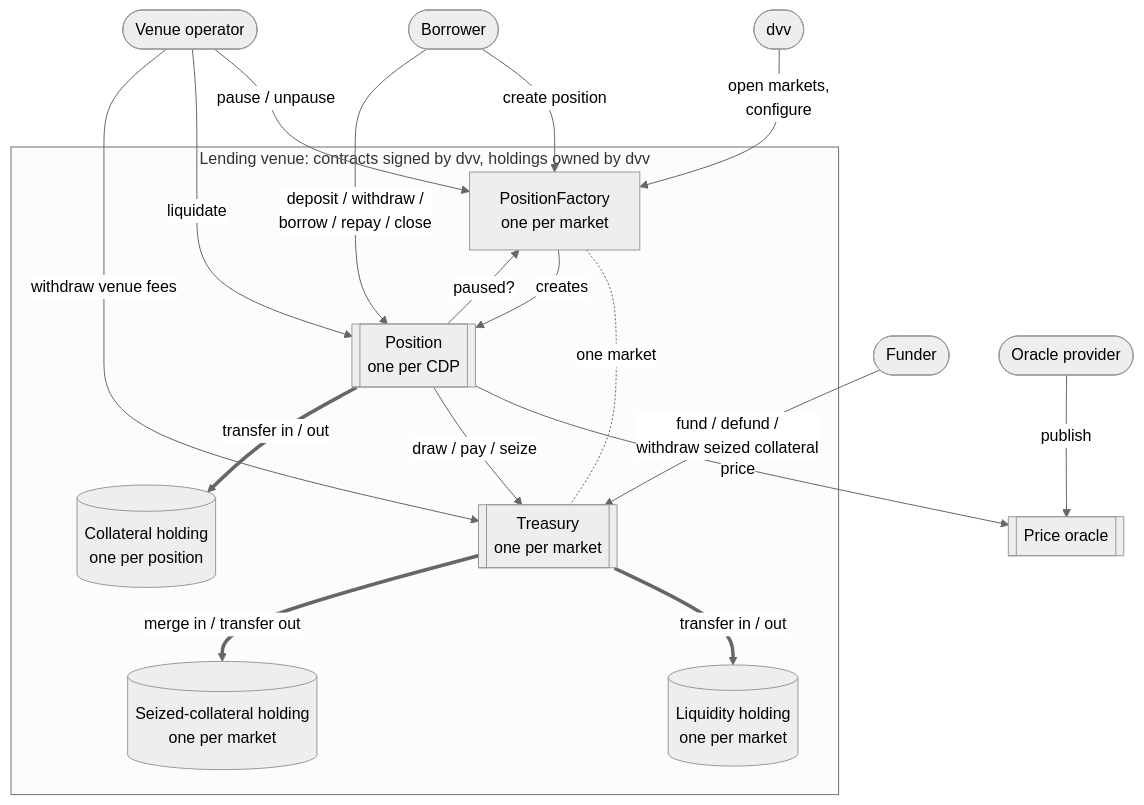
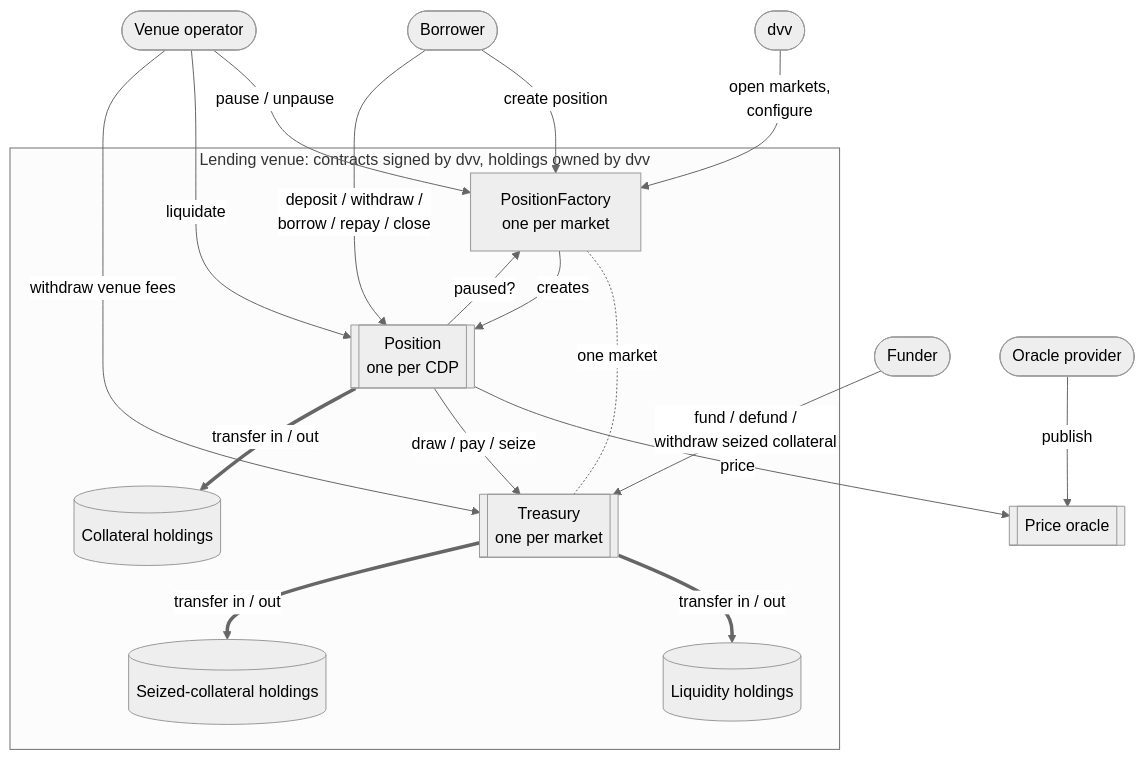
One commit to OpenZeppelin/canton-specs changed the first of 7 diagrams in docs/reference-architectures/lending.md. Above: the diagram before and after it, drawn with Mermaid (neutral theme). The commit also changed other lines of this file, not shown here.

````diff
--- a/docs/reference-architectures/lending.md
+++ b/docs/reference-architectures/lending.md
@@ -93,36 +96,36 @@
 ```mermaid
 flowchart TB
     Consortium([dvv])
     Operator([Venue operator])
     Funder([Funder])
     Borrower([Borrower])
     Provider([Oracle provider])
 
     subgraph Target["Lending venue: contracts signed by dvv, holdings owned by dvv"]
         Factory["PositionFactory<br/>one per market"]
         Position[["Position<br/>one per CDP"]]
         Treasury[["Treasury<br/>one per market"]]
-        Collateral[("Collateral holding<br/>one per position")]
-        Liquidity[("Liquidity holding<br/>one per market")]
-        Seized[("Seized-collateral holding<br/>one per market")]
+        Collateral[("Collateral holdings")]
+        Liquidity[("Liquidity holdings")]
+        Seized[("Seized-collateral holdings")]
     end
 
     Oracle[["Price oracle"]]
 
     Consortium -->|"open markets,<br/>configure"| Factory
     Factory -.-|"one market"| Treasury
     Operator -->|"pause / unpause"| Factory
     Operator -->|"liquidate"| Position
     Operator -->|"withdraw venue fees"| Treasury
     Funder -->|"fund / defund /<br/>withdraw seized collateral"| Treasury
     Borrower -->|"create position"| Factory
     Factory -->|"creates"| Position
     Borrower -->|"deposit / withdraw /<br/>borrow / repay / close"| Position
     Provider -->|"publish"| Oracle
     Position -->|"paused?"| Factory
     Position -->|"price"| Oracle
     Position -->|"draw / pay / seize"| Treasury
     Position ==>|"transfer in / out"| Collateral
     Treasury ==>|"transfer in / out"| Liquidity
-    Treasury ==>|"merge in / transfer out"| Seized
+    Treasury ==>|"transfer in / out"| Seized
 ```
````
